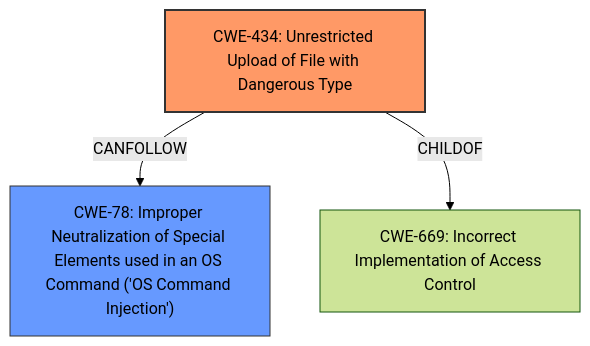
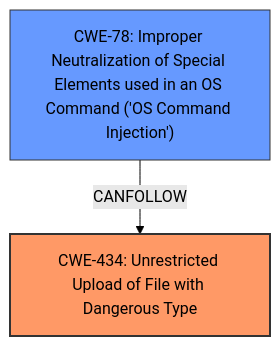
One commit to CyberSecAI/cwe_agent_assign_reports_2023 changed the diagram in CVE-2021-38163/CVE-2021-38163_analysis.md. Above: the diagram before and after it, drawn with Mermaid (forest theme). The commit also changed other lines of this file and 902 other files, not shown here.

````diff
--- a/CVE-2021-38163/CVE-2021-38163_analysis.md
+++ b/CVE-2021-38163/CVE-2021-38163_analysis.md
@@ -17,15 +17,13 @@
 ```mermaid
 graph TD
     cwe434["CWE-434: Unrestricted Upload of File with Dangerous Type"]
     cwe78["CWE-78: Improper Neutralization of Special Elements used in an OS Command ('OS Command Injection')"]
-    cwe669["CWE-669: Incorrect Implementation of Access Control"]
-    
-    cwe434 -->|CANFOLLOW| cwe78
-    cwe434 -->|CHILDOF| cwe669
-    
+
+    cwe78 -->|CANFOLLOW| cwe434
+
     classDef primary fill:#f96,stroke:#333,stroke-width:2px
     classDef secondary fill:#69f,stroke:#333
     
     class cwe434 primary
     class cwe78 secondary
 ```
````
